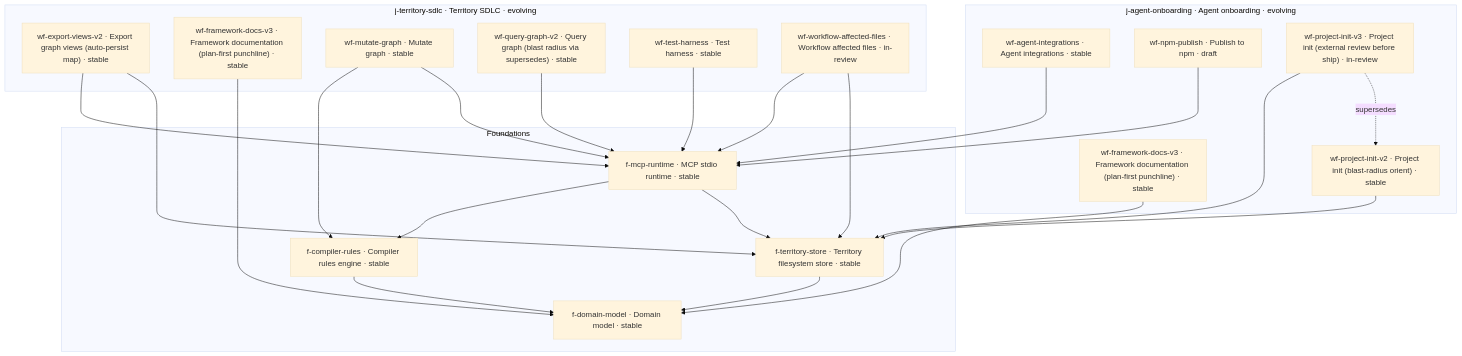
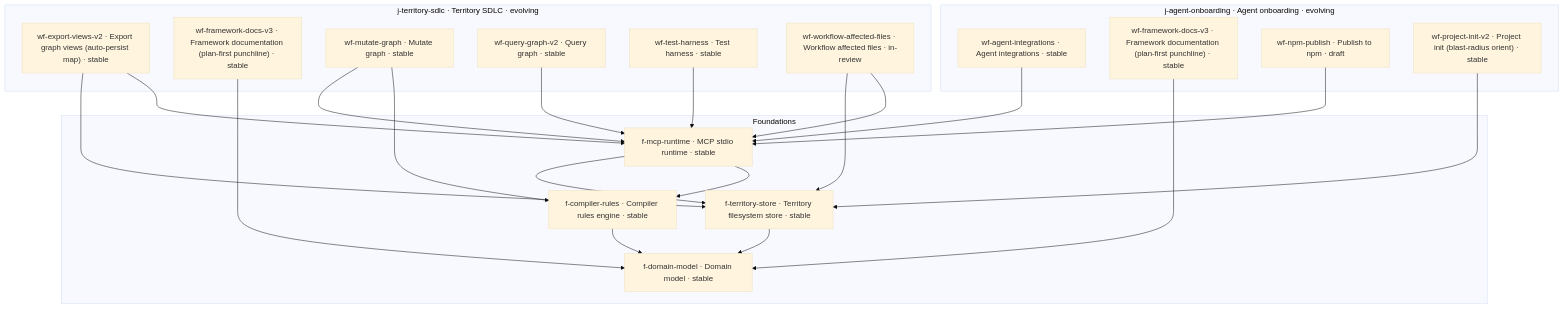
The diagram in mindplan/map.md (nbiro/mindplan), drawn with Mermaid (base theme) before and after one commit. The commit also changed other lines of this file and 51 other files, not shown here.

````diff
--- a/mindplan/map.md
+++ b/mindplan/map.md
@@ -5,43 +5,40 @@
 ```mermaid
 flowchart TB
   subgraph foundations["Foundations"]
     f_compiler_rules["f-compiler-rules · Compiler rules engine · stable"]
     f_domain_model["f-domain-model · Domain model · stable"]
     f_mcp_runtime["f-mcp-runtime · MCP stdio runtime · stable"]
     f_territory_store["f-territory-store · Territory filesystem store · stable"]
   end
   subgraph journey_j_agent_onboarding["j-agent-onboarding · Agent onboarding · evolving"]
     wf_agent_integrations__in__j_agent_onboarding["wf-agent-integrations · Agent integrations · stable"]
     wf_framework_docs_v3__in__j_agent_onboarding["wf-framework-docs-v3 · Framework documentation (plan-first punchline) · stable"]
     wf_npm_publish__in__j_agent_onboarding["wf-npm-publish · Publish to npm · draft"]
     wf_project_init_v2__in__j_agent_onboarding["wf-project-init-v2 · Project init (blast-radius orient) · stable"]
-    wf_project_init_v3__in__j_agent_onboarding["wf-project-init-v3 · Project init (external review before ship) · in-review"]
   end
   subgraph journey_j_territory_sdlc["j-territory-sdlc · Territory SDLC · evolving"]
     wf_export_views_v2__in__j_territory_sdlc["wf-export-views-v2 · Export graph views (auto-persist map) · stable"]
     wf_framework_docs_v3__in__j_territory_sdlc["wf-framework-docs-v3 · Framework documentation (plan-first punchline) · stable"]
     wf_mutate_graph__in__j_territory_sdlc["wf-mutate-graph · Mutate graph · stable"]
-    wf_query_graph_v2__in__j_territory_sdlc["wf-query-graph-v2 · Query graph (blast radius via supersedes) · stable"]
+    wf_query_graph_v2__in__j_territory_sdlc["wf-query-graph-v2 · Query graph · stable"]
     wf_test_harness__in__j_territory_sdlc["wf-test-harness · Test harness · stable"]
     wf_workflow_affected_files__in__j_territory_sdlc["wf-workflow-affected-files · Workflow affected files · in-review"]
   end
   f_compiler_rules --> f_domain_model
   f_mcp_runtime --> f_compiler_rules
   f_mcp_runtime --> f_territory_store
   f_territory_store --> f_domain_model
   wf_agent_integrations__in__j_agent_onboarding --> f_mcp_runtime
   wf_export_views_v2__in__j_territory_sdlc --> f_mcp_runtime
   wf_export_views_v2__in__j_territory_sdlc --> f_territory_store
   wf_framework_docs_v3__in__j_agent_onboarding --> f_domain_model
   wf_framework_docs_v3__in__j_territory_sdlc --> f_domain_model
   wf_mutate_graph__in__j_territory_sdlc --> f_compiler_rules
   wf_mutate_graph__in__j_territory_sdlc --> f_mcp_runtime
   wf_npm_publish__in__j_agent_onboarding --> f_mcp_runtime
   wf_project_init_v2__in__j_agent_onboarding --> f_territory_store
-  wf_project_init_v3__in__j_agent_onboarding --> f_territory_store
-  wf_project_init_v3__in__j_agent_onboarding -.->|supersedes| wf_project_init_v2__in__j_agent_onboarding
   wf_query_graph_v2__in__j_territory_sdlc --> f_mcp_runtime
   wf_test_harness__in__j_territory_sdlc --> f_mcp_runtime
   wf_workflow_affected_files__in__j_territory_sdlc --> f_mcp_runtime
   wf_workflow_affected_files__in__j_territory_sdlc --> f_territory_store
 ```
````
